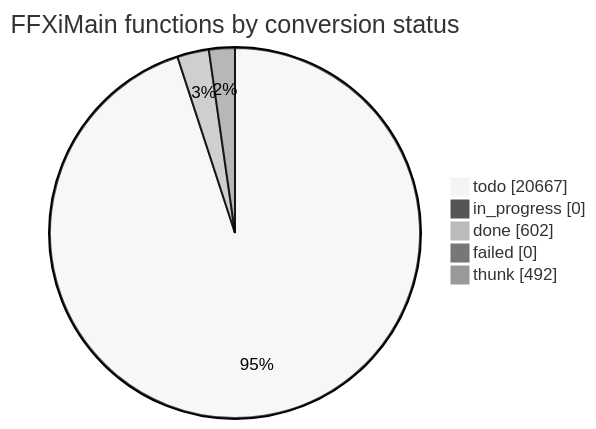
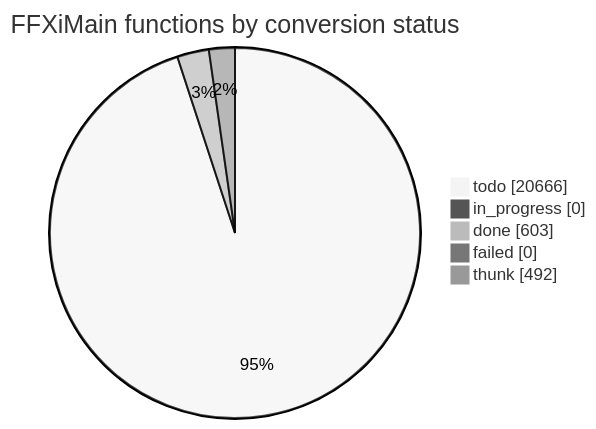
Before and after one commit to cowrevenge/cow_kuluu_xi_anything: the diagram in docs/cow/STATUS.md, drawn with Mermaid (neutral theme). The commit also changed other lines of this file and 9 other files, not shown here.

````diff
--- a/docs/cow/STATUS.md
+++ b/docs/cow/STATUS.md
@@ -18,9 +18,9 @@
 ```mermaid
 pie showData
     title FFXiMain functions by conversion status
-    "todo" : 20667
+    "todo" : 20666
     "in_progress" : 0
-    "done" : 602
+    "done" : 603
     "failed" : 0
     "thunk" : 492
 ```
````
